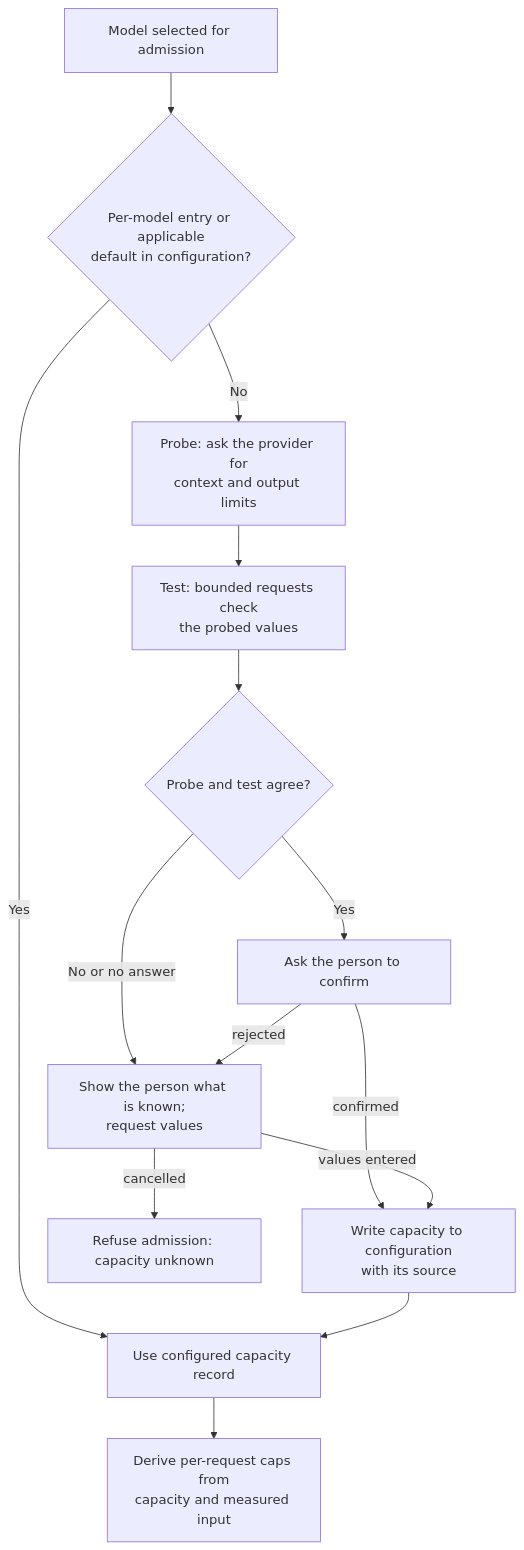
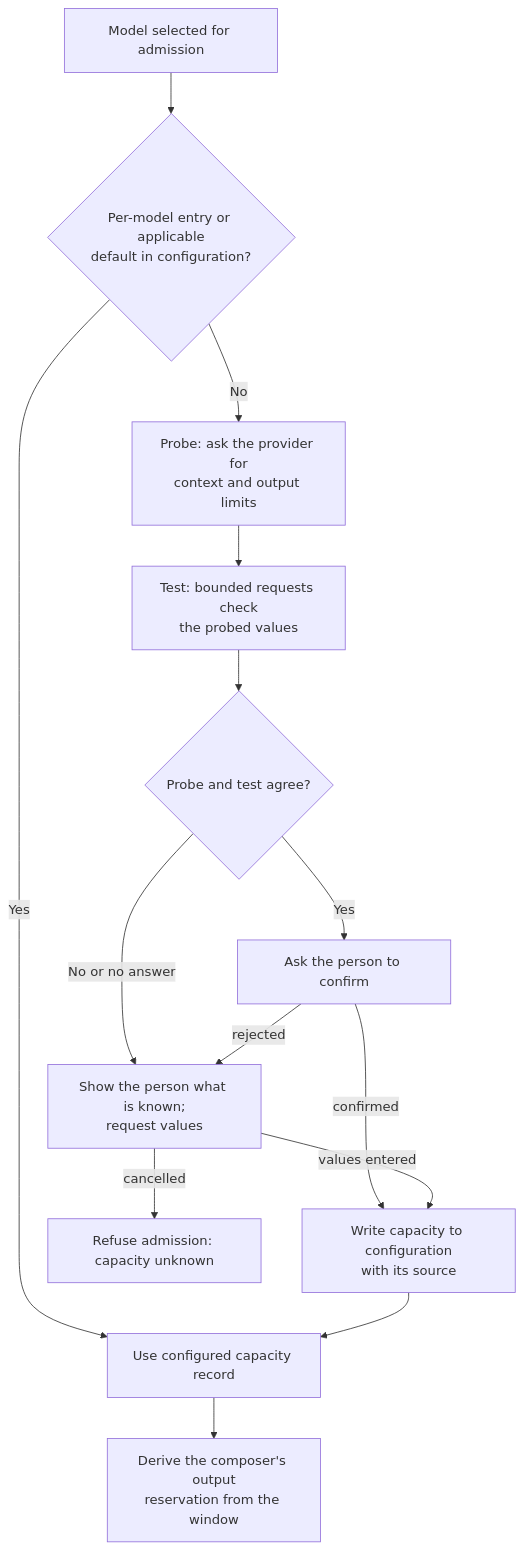
Before and after one commit to pidster/asura: the first of 5 diagrams in docs/designs/loop-closure.md, drawn with Mermaid. The commit also changed other lines of this file and 41 other files, not shown here.

First line of the commit message:
Remove per-run model output caps

````diff
--- a/docs/designs/loop-closure.md
+++ b/docs/designs/loop-closure.md
@@ -65,16 +67,16 @@
 ```mermaid
 flowchart TD
     Sel["Model selected for admission"] --> Cfg{"Per-model entry or applicable<br/>default in configuration?"}
     Cfg -->|Yes| Use["Use configured capacity record"]
     Cfg -->|No| Probe["Probe: ask the provider for<br/>context and output limits"]
     Probe --> Test["Test: bounded requests check<br/>the probed values"]
     Test --> Ok{"Probe and test agree?"}
     Ok -->|No or no answer| Ask["Show the person what is known;<br/>request values"]
     Ok -->|Yes| Confirm["Ask the person to confirm"]
     Confirm -->|confirmed| Write["Write capacity to configuration<br/>with its source"]
     Confirm -->|rejected| Ask
     Ask -->|values entered| Write
     Ask -->|cancelled| Refuse["Refuse admission: capacity unknown"]
     Write --> Use
-    Use --> Cap["Derive per-request caps from<br/>capacity and measured input"]
+    Use --> Cap["Derive the composer's output<br/>reservation from the window"]
 ```
````
